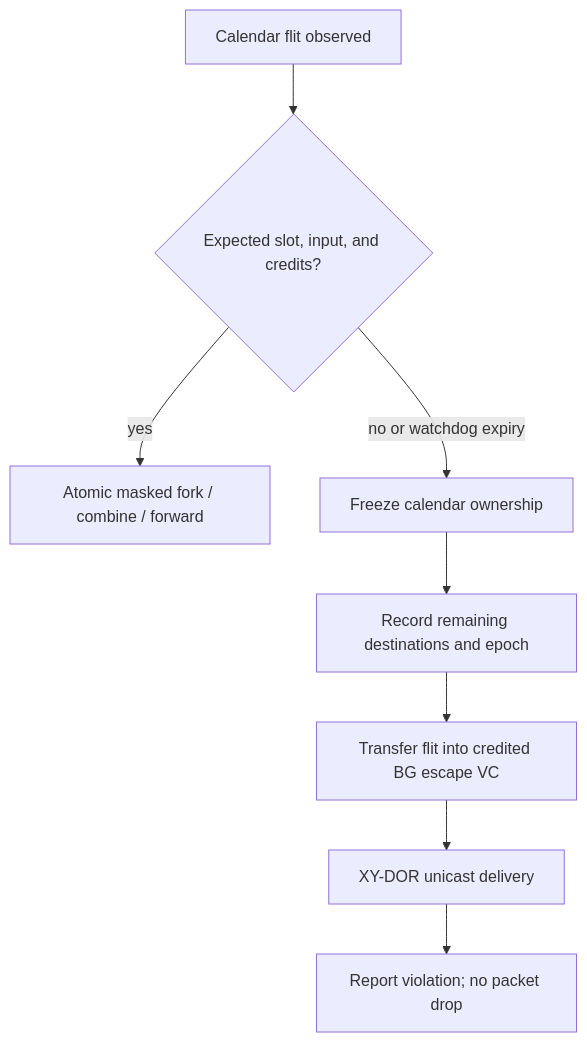
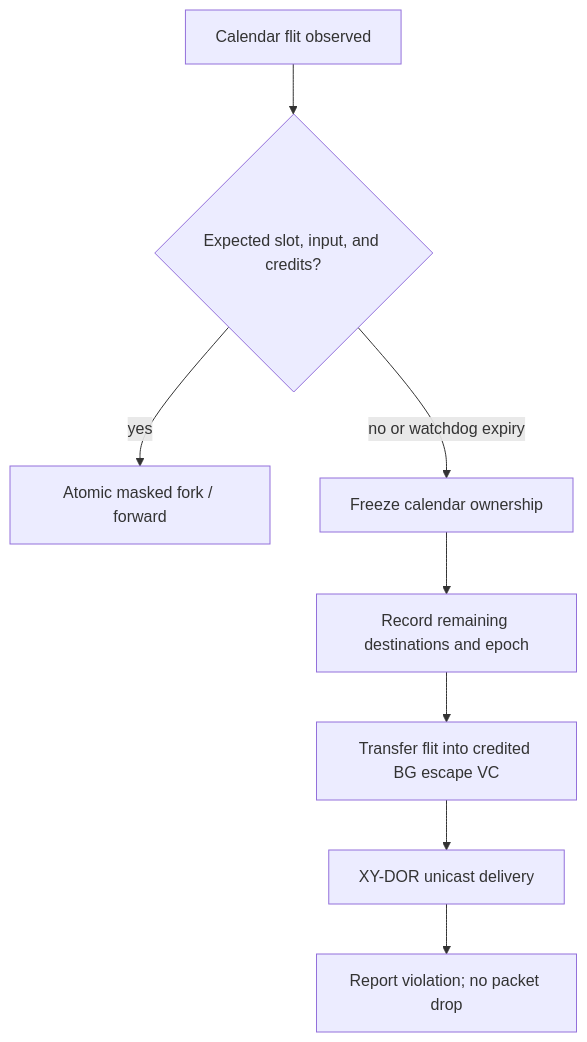
One commit to lukebest/booksim2 changed the diagram in docs/phase-1-research/domain-analysis.md. Above: the diagram before and after it, drawn with Mermaid. The commit also changed other lines of this file and 57 other files, not shown here.

First line of the commit message:
dse: Trial 2 Arch-A2 NoCombine — area cut + diagrams

````diff
--- a/docs/phase-1-research/domain-analysis.md
+++ b/docs/phase-1-research/domain-analysis.md
@@ -130,10 +129,10 @@
 ```mermaid
 flowchart TD
   A[Calendar flit observed] --> B{Expected slot, input, and credits?}
-  B -->|yes| C[Atomic masked fork / combine / forward]
+  B -->|yes| C[Atomic masked fork / forward]
   B -->|no or watchdog expiry| D[Freeze calendar ownership]
   D --> E[Record remaining destinations and epoch]
   E --> F[Transfer flit into credited BG escape VC]
   F --> G[XY-DOR unicast delivery]
   G --> H[Report violation; no packet drop]
 ```
````
